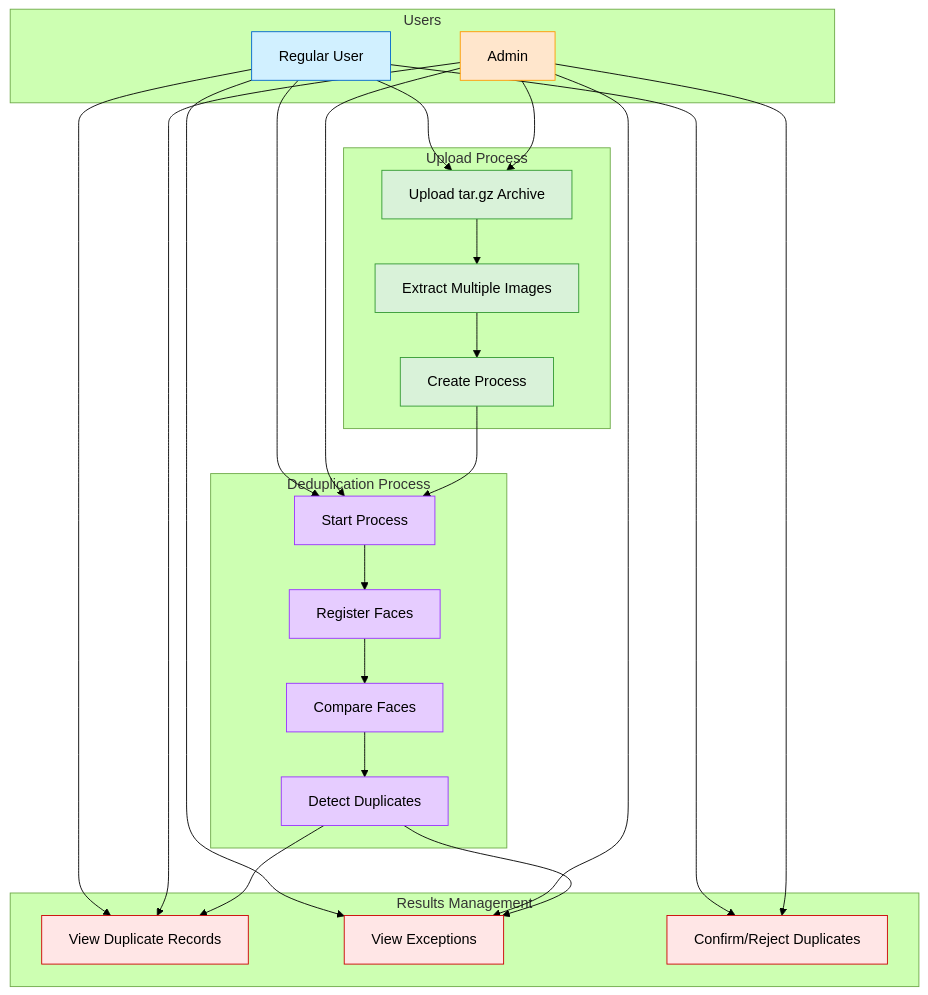
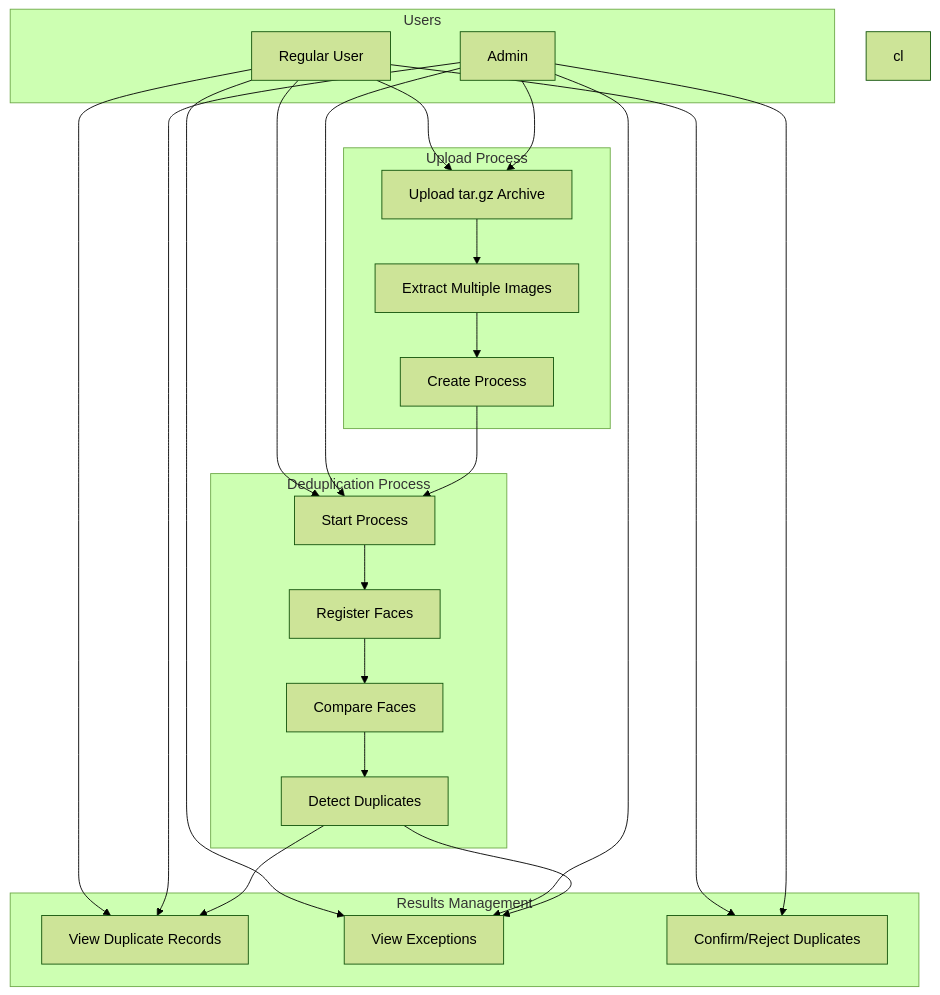
Before and after one commit to fares1919-ltrch/Backend-stage: the first of 3 diagrams in Documentation/ExampleTwo.md, drawn with Mermaid (forest theme). The commit also changed other lines of this file and 20 other files, not shown here.

````diff
--- a/Documentation/ExampleTwo.md
+++ b/Documentation/ExampleTwo.md
@@ -9,59 +9,55 @@
 ```mermaid
 graph TD
     subgraph Users
         User[Regular User]
         Admin[Admin]
     end
 
     subgraph Upload Process
         UploadArchive[Upload tar.gz Archive]
         ExtractImages[Extract Multiple Images]
         CreateProcess[Create Process]
     end
 
     subgraph Deduplication Process
         StartProcess[Start Process]
         RegisterFaces[Register Faces]
         CompareFaces[Compare Faces]
         DetectDuplicates[Detect Duplicates]
     end
 
     subgraph Results Management
         ViewDuplicates[View Duplicate Records]
         ViewExceptions[View Exceptions]
         ConfirmReject[Confirm/Reject Duplicates]
     end
 
     User --> UploadArchive
     User --> StartProcess
     User --> ViewDuplicates
     User --> ViewExceptions
     User --> ConfirmReject
 
     Admin --> UploadArchive
     Admin --> StartProcess
     Admin --> ViewDuplicates
     Admin --> ViewExceptions
     Admin --> ConfirmReject
 
     UploadArchive --> ExtractImages
     ExtractImages --> CreateProcess
     CreateProcess --> StartProcess
     StartProcess --> RegisterFaces
     RegisterFaces --> CompareFaces
     CompareFaces --> DetectDuplicates
     DetectDuplicates --> ViewDuplicates
     DetectDuplicates --> ViewExceptions
 
-    classDef user fill:#d1f0ff,stroke:#0066cc
-    classDef admin fill:#ffe6cc,stroke:#ff9900
-    classDef upload fill:#d9f2d9,stroke:#339933
-    classDef dedup fill:#e6ccff,stroke:#9933ff
-    classDef results fill:#ffe6e6,stroke:#cc0000
+    cl
 
     class User user
     class Admin admin
     class UploadArchive,ExtractImages,CreateProcess upload
     class StartProcess,RegisterFaces,CompareFaces,DetectDuplicates dedup
     class ViewDuplicates,ViewExceptions,ConfirmReject results
 ```
````
